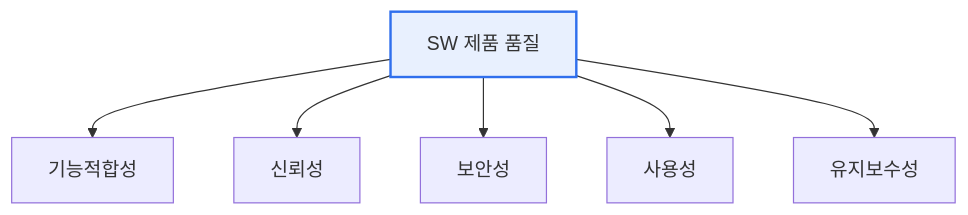
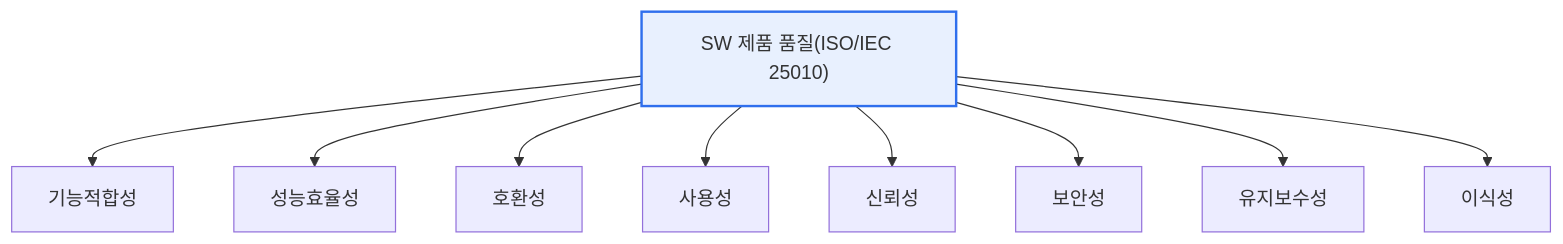
Before and after one commit to coninggu/wjdqhrhksflrltnftk: the first of 2 diagrams in content/software-quality-certification.md, drawn with Mermaid. The commit also changed other lines of this file and 3 other files, not shown here.

````diff
--- a/content/software-quality-certification.md
+++ b/content/software-quality-certification.md
@@ -15,9 +21,12 @@
 ```mermaid
 flowchart TB
-  Q[SW 제품 품질] --> F[기능적합성]
-  Q --> R[신뢰성]
-  Q --> S[보안성]
-  Q --> U[사용성]
-  Q --> M[유지보수성]
+  Q["SW 제품 품질(ISO/IEC 25010)"] --> F["기능적합성"]
+  Q --> P["성능효율성"]
+  Q --> C["호환성"]
+  Q --> U["사용성"]
+  Q --> R["신뢰성"]
+  Q --> S["보안성"]
+  Q --> M["유지보수성"]
+  Q --> T["이식성"]
   style Q fill:#e8f0fe,stroke:#2f6fed,stroke-width:2px
 ```
````
